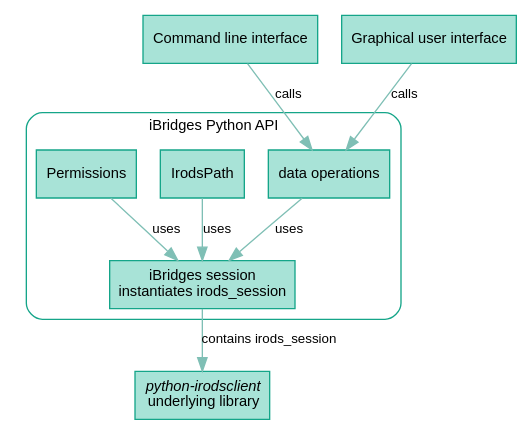
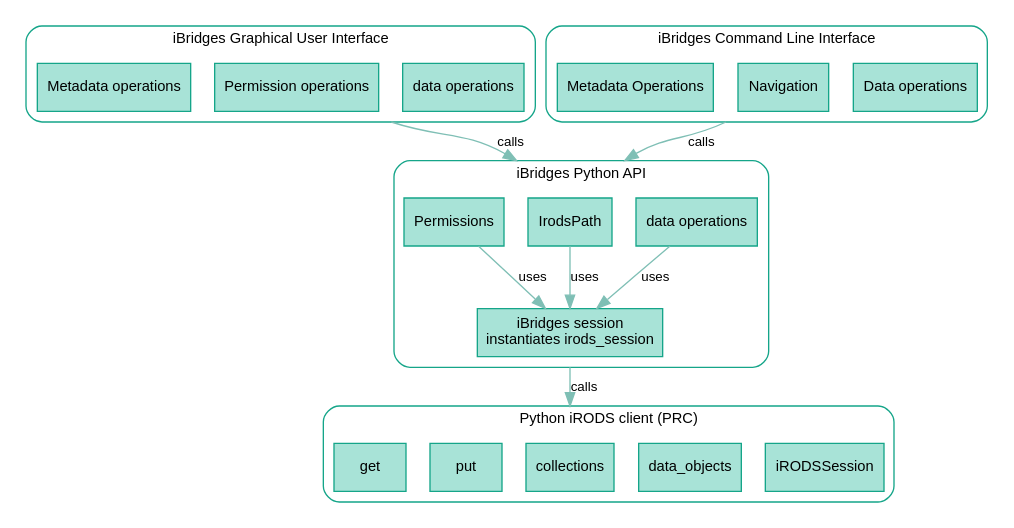
Before and after one commit to iBridges-for-iRODS/iBridges-Training: the second of 2 diagrams in book/slides/pres-introduction.qmd, drawn with Graphviz. The commit also changed other lines of this file, not shown here.

Commit message:
Try to modify the figure

````diff
--- a/book/slides/pres-introduction.qmd
+++ b/book/slides/pres-introduction.qmd
@@ -221,51 +221,76 @@
 ```{dot}
-//| fig-align: center
-
+//| fig-width: 15
+//| fig-height: 15
 digraph ibridges_prc {
-
+    compound=True;
     rankdir=TD;   // top-down layout
 
-    graph [fontsize=11, fontname="Arial"];
+    graph [fontsize=11, fontname="Arial", rank = TB, style=rounded, color="#15a589"];
     node  [
         shape=box,
         style=filled,
         color="#15a589",
         fillcolor="#a8e3d7",
         fontsize=11,
         fontname="Arial"
     ];
     edge [
         fontsize=10,
         fontname="Arial",
         color="#7fbfb5",
         penwidth=1
     ];
-
     // Cluster for API features
     subgraph cluster_api_features {
         label="iBridges Python API";
-        style=rounded;
-        color="#15a589";
 
         Session    [label="iBridges session\ninstantiates irods_session"];
         DataOps    [label="data operations"];
         IrodsPath  [label="IrodsPath"];
         Permissions[label="Permissions"];
     }
 
+    subgraph cluster_gui_features {
+        label="iBridges Graphical User Interface";
+
+        GuiDataOps[label="data operations"];
+        GuiPermissions[label="Permission operations"];
+        GuiMetadata[label="Metadata operations"];
+    }
+
+    subgraph cluster_cli_features {
+        label="iBridges Command Line Interface";
+
+        CliDataOps[label="Data operations"];
+        CliNavigation[label="Navigation"];
+        CliMetadata[label="Metadata Operations"];
+    }
+
+    subgraph cluster_prc {
+        label="Python iRODS client (PRC)";
+        PrcSession[label="iRODSSession"];
+        PrcDataObjects[label="data_objects"];
+        PrcCollections[label="collections"];
+        PrcPut[label="put"];
+        PrcGet[label="get"];
+    }
+
     // python irods client
-    PRC [label=<<i>python-irodsclient</i><br/>underlying library>];
-    CLI [label="Command line interface"];
-    GUI [label="Graphical user interface"];
+    // PRC [label=<<i>python-irodsclient</i><br/>underlying library>];
+    // CLI [label="Command line interface"];
+    // GUI [label="Graphical user interface"];
     // Relationships between UI components and API
-    CLI -> DataOps [label="calls"];
-    GUI -> DataOps [label="calls"];
+    // CLI -> DataOps [label="calls"];
+    // GUI -> DataOps [label="calls"];
+    GuiPermissions -> IrodsPath[label="calls", ltail="cluster_gui_features", lhead="cluster_api_features"]
+    CliNavigation -> IrodsPath[label="calls", ltail="cluster_cli_features", lhead="cluster_api_features"]
 
+    // cluster_gui_features -> cluster_api_features;
     // Relationships inside API features
     DataOps   -> Session     [label="uses"];
     IrodsPath -> Session     [label="uses"];
     Permissions -> Session   [label="uses"];
 
-    Session   -> PRC         [label="contains irods_session"];
+    Session   -> PrcCollections[label="calls", ltail="cluster_api_features", lhead="cluster_prc"];
 }
 ```
````
